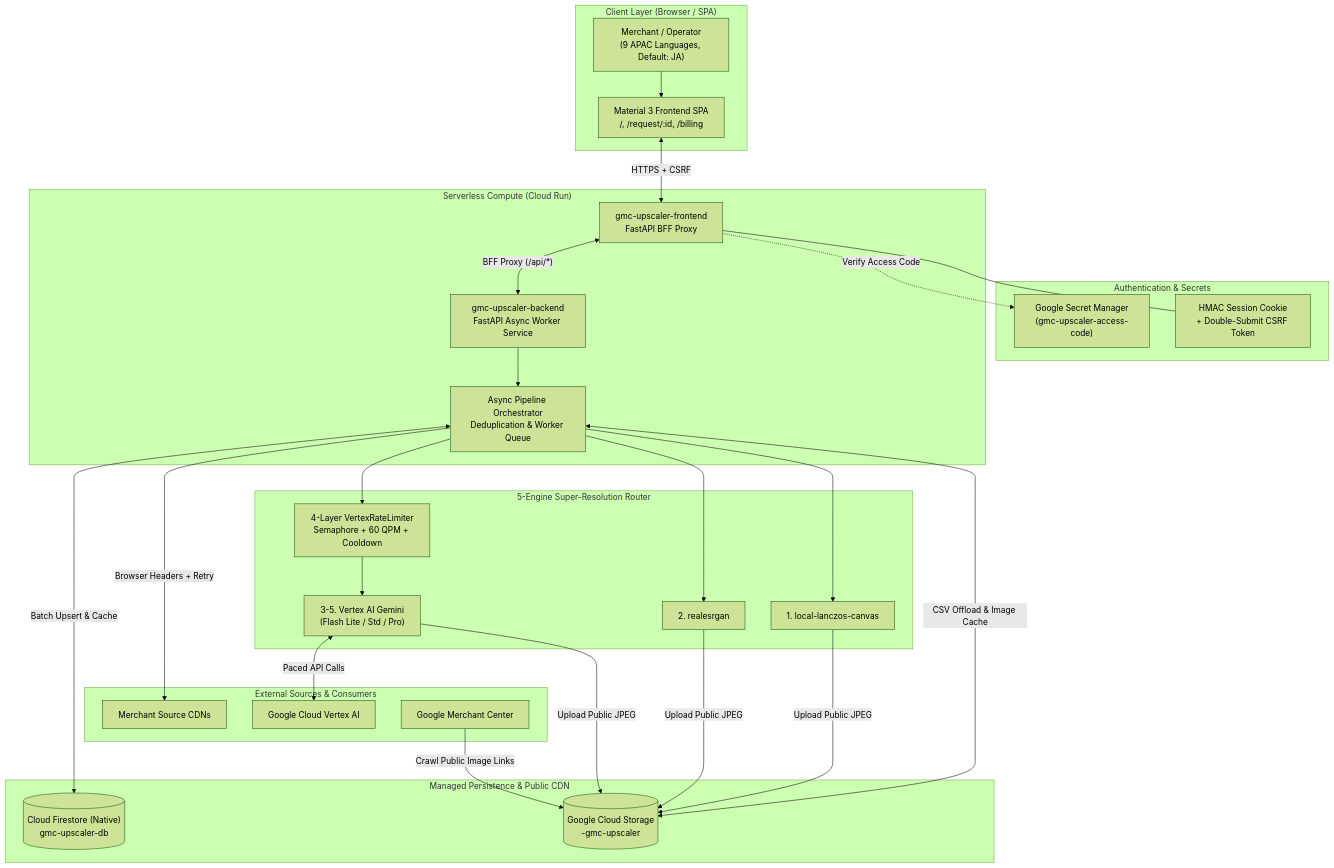
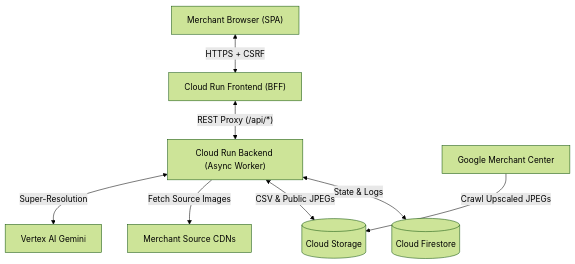
One commit to google-marketing-solutions/image-upscaler changed the diagram in README.md. Above: the diagram before and after it, drawn with Mermaid (forest theme). The commit also changed other lines of this file, not shown here.

First line of the commit message:
docs: streamline README and GMC CSV docs

````diff
--- a/README.md
+++ b/README.md
@@ -126,53 +60,10 @@
 ```mermaid
 flowchart TB
-    subgraph ClientLayer["Client Layer (Browser / SPA)"]
-        User["Merchant / Operator\n(9 APAC Languages, Default: JA)"]
-        SPA["Material 3 Frontend SPA\n/, /request/:id, /billing"]
-    end
-
-    subgraph SecurityLayer["Authentication & Secrets"]
-        SM["Google Secret Manager\n(gmc-upscaler-access-code)"]
-        Auth["HMAC Session Cookie\n+ Double-Submit CSRF Token"]
-    end
-
-    subgraph ComputeLayer["Serverless Compute (Cloud Run)"]
-        FE["gmc-upscaler-frontend\nFastAPI BFF Proxy"]
-        BE["gmc-upscaler-backend\nFastAPI Async Worker Service"]
-        Orch["Async Pipeline Orchestrator\nDeduplication & Worker Queue"]
-    end
-
-    subgraph EngineRouter["5-Engine Super-Resolution Router"]
-        E1["1. local-lanczos-canvas"]
-        E2["2. realesrgan"]
-        Limiter["4-Layer VertexRateLimiter\nSemaphore + 60 QPM + Cooldown"]
-        E3["3-5. Vertex AI Gemini\n(Flash Lite / Std / Pro)"]
-    end
-
-    subgraph StorageLayer["Managed Persistence & Public CDN"]
-        FS[("Cloud Firestore (Native)\ngmc-upscaler-db")]
-        GCS[("Google Cloud Storage\n<project>-gmc-upscaler")]
-    end
-
-    subgraph ExternalSystems["External Sources & Consumers"]
-        CDN["Merchant Source CDNs"]
-        Vertex["Google Cloud Vertex AI"]
-        GMC["Google Merchant Center"]
-    end
-
-    User --> SPA
-    SPA <-->|"HTTPS + CSRF"| FE
-    FE -.->|"Verify Access Code"| SM
-    FE --- Auth
-    FE <-->|"BFF Proxy (/api/*)"| BE
-    BE --> Orch
-    Orch <-->|"Batch Upsert & Cache"| FS
-    Orch <-->|"CSV Offload & Image Cache"| GCS
-    Orch -->|"Browser Headers + Retry"| CDN
-    Orch --> E1
-    Orch --> E2
-    Orch --> Limiter
-    Limiter --> E3
-    E3 <-->|"Paced API Calls"| Vertex
-    E1 & E2 & E3 -->|"Upload Public JPEG"| GCS
-    GMC -->|"Crawl Public Image Links"| GCS
+    User["Merchant Browser (SPA)"] <-->|"HTTPS + CSRF"| FE["Cloud Run Frontend (BFF)"]
+    FE <-->|"REST Proxy (/api/*)"| BE["Cloud Run Backend (Async Worker)"]
+    BE <-->|"State & Logs"| FS[("Cloud Firestore")]
+    BE <-->|"CSV & Public JPEGs"| GCS[("Cloud Storage")]
+    BE -->|"Fetch Source Images"| CDN["Merchant Source CDNs"]
+    BE <-->|"Super-Resolution"| Vertex["Vertex AI Gemini"]
+    GMC["Google Merchant Center"] -->|"Crawl Upscaled JPEGs"| GCS
 ```
````
